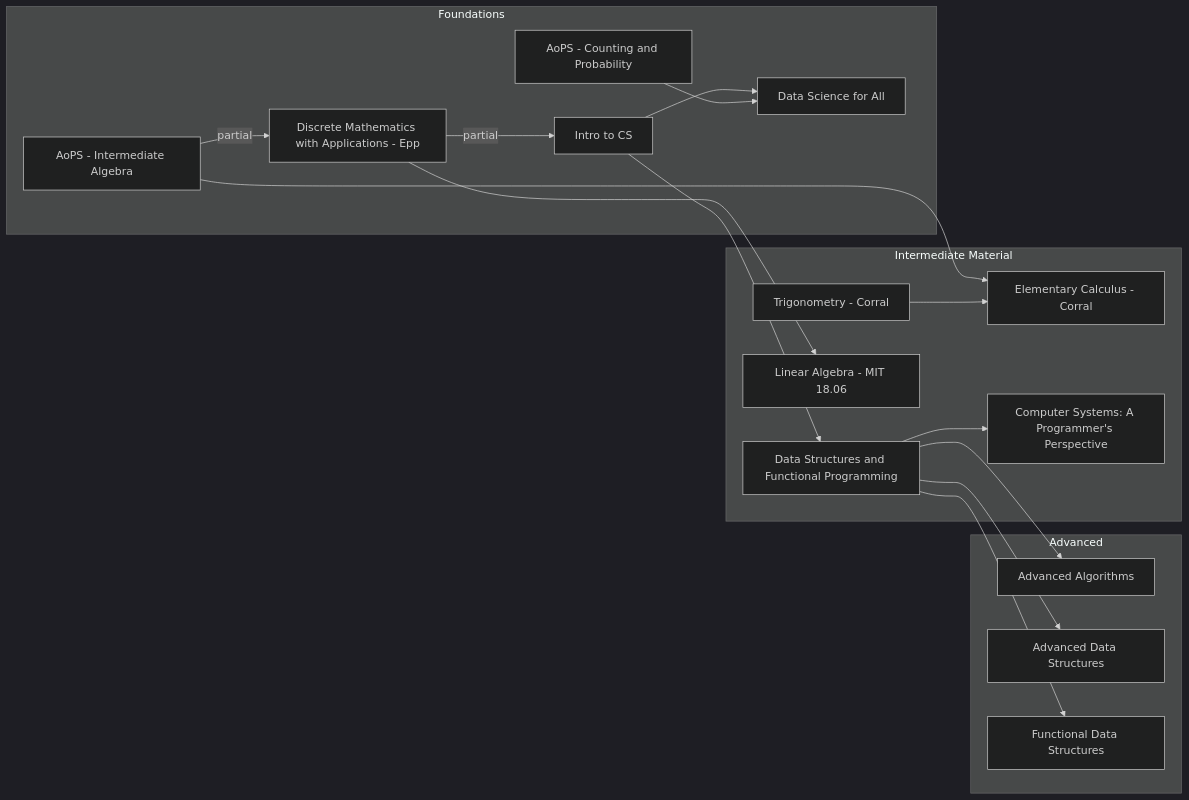
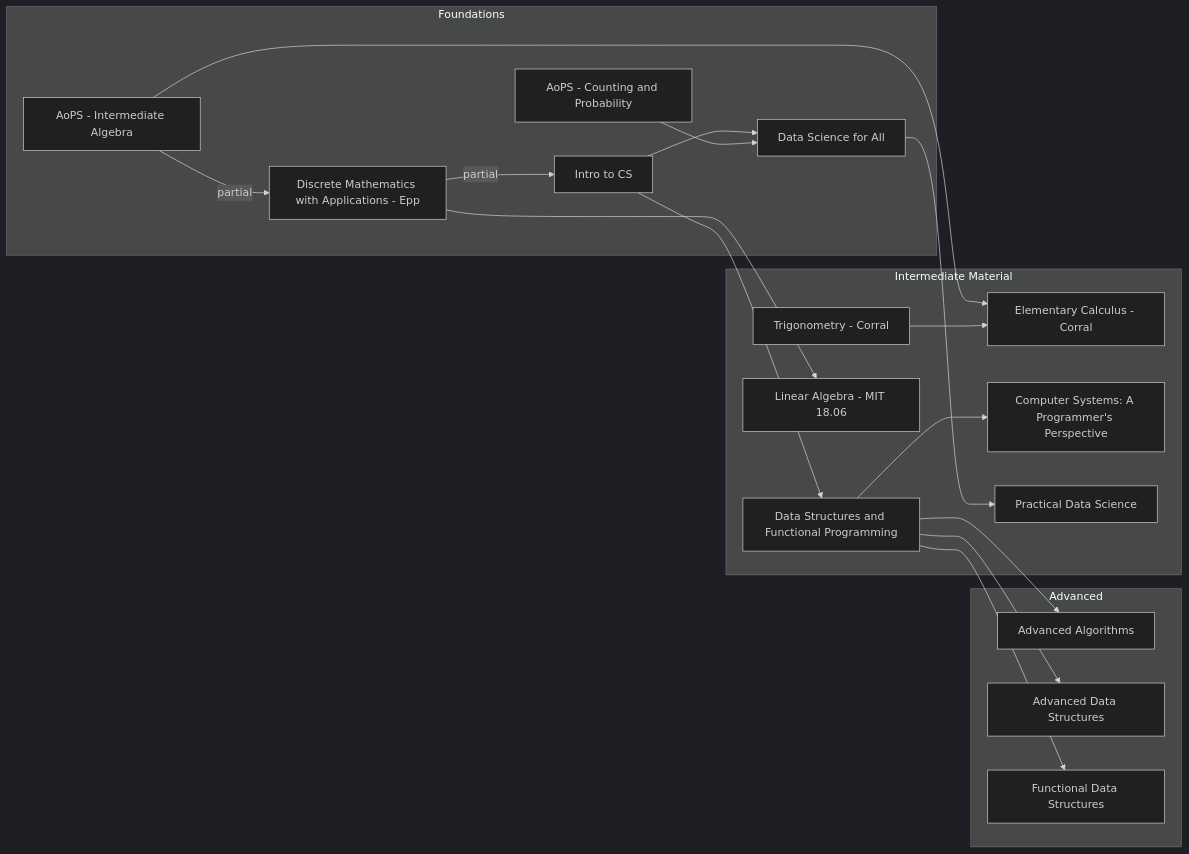
The second of 2 diagrams in Penance/Curriculum.md (BeautifulTovarisch/Notes), drawn with Mermaid (dark theme) before and after one commit. The commit also changed other lines of this file and 1 other file, not shown here.

Commit message:
Added intermediate data science course

````diff
--- a/Penance/Curriculum.md
+++ b/Penance/Curriculum.md
@@ -145,45 +145,47 @@
 ```mermaid
 graph LR
 dcic[Intro to CS]
 discrete[Discrete Mathematics with Applications - Epp]
 algebra[AoPS - Intermediate Algebra]
 trig[Trigonometry - Corral]
 comb[AoPS - Counting and Probability]
 datasci[Data Science for All]
 
 calc[Elementary Calculus - Corral]
 linalg[Linear Algebra - MIT 18.06]
 prog[Data Structures and Functional Programming]
 systems[Computer Systems: A Programmer's Perspective]
+datasci2[Practical Data Science]
 
 alg[Advanced Algorithms]
 data[Advanced Data Structures]
 funcdata[Functional Data Structures]
 
 subgraph Foundations
 algebra-- partial -->discrete
 
 discrete-- partial -->dcic
 
 dcic-->datasci
 comb-->datasci
 end
 
 subgraph Intermediate Material
 	algebra-->calc
 	trig-->calc
 
 	discrete-->linalg
 
 	dcic-->prog
 
 	prog-->systems
 
+	datasci-->datasci2
 end
 
 subgraph Advanced
 	prog-->alg
 	prog-->data
 	prog-->funcdata
 end
 ```
````
